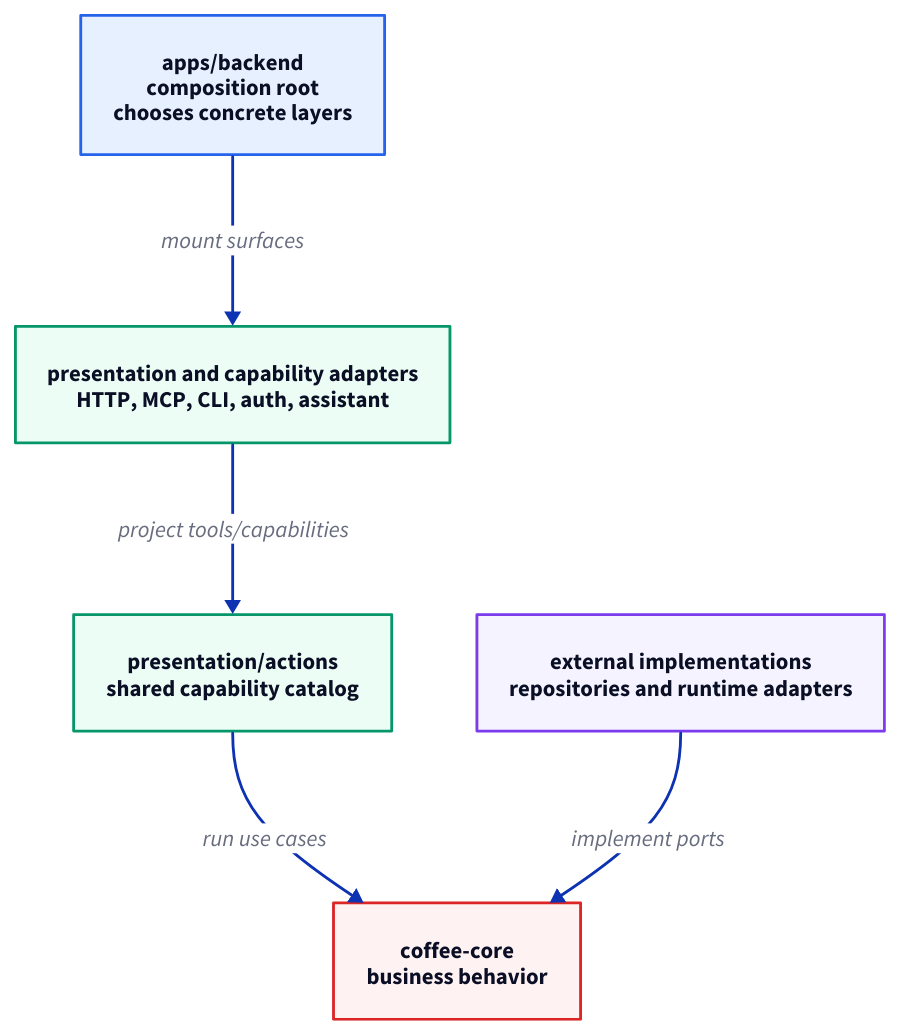
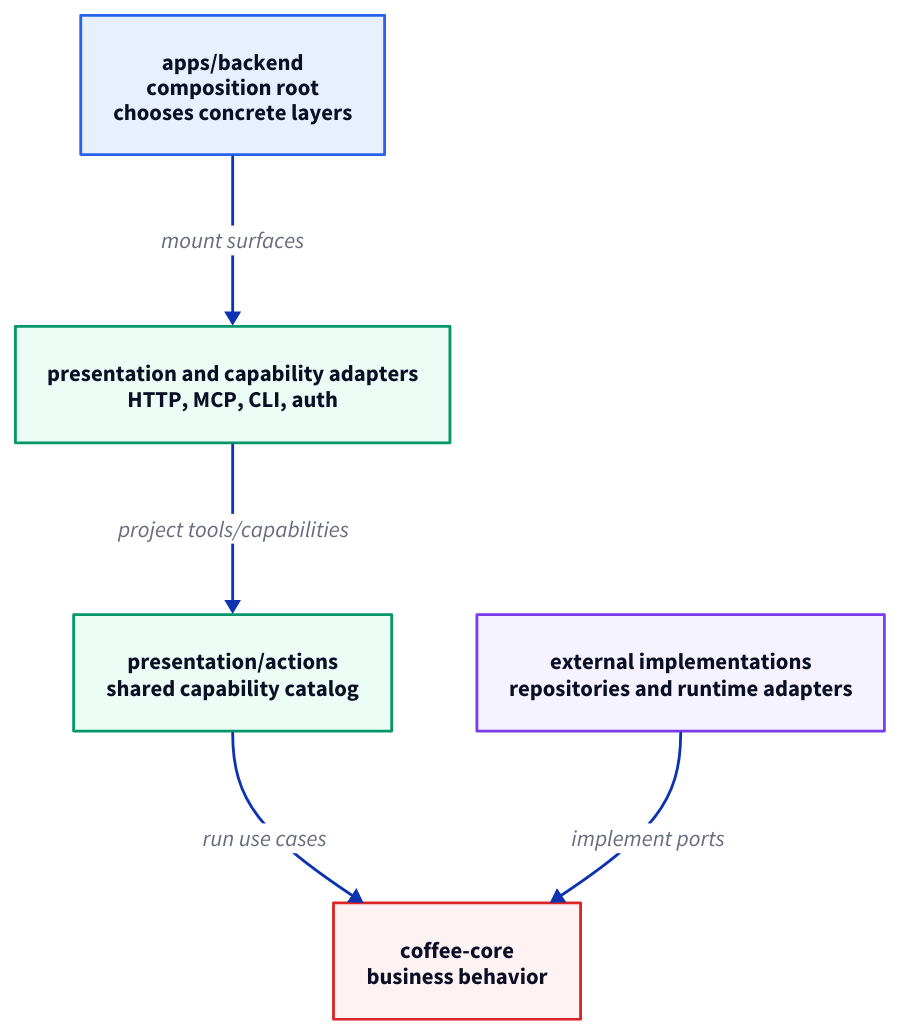
One commit to kevinmichaelchen/effect-coffee-shop changed the diagram in docs/architecture/package-layers.d2. Above: the diagram before and after it, drawn with D2. The commit also changed 196 other files, not shown here.

```diff
--- a/docs/architecture/package-layers.d2
+++ b/docs/architecture/package-layers.d2
@@ -1,49 +1,49 @@
 direction: down
 
 classes: {
   app: {
     style.fill: "#E7F0FF"
     style.stroke: "#2563EB"
   }
   presentation: {
     style.fill: "#ECFDF5"
     style.stroke: "#059669"
   }
   application: {
     style.fill: "#FFF7ED"
     style.stroke: "#EA580C"
   }
   domain: {
     style.fill: "#FEF2F2"
     style.stroke: "#DC2626"
   }
   external: {
     style.fill: "#F5F3FF"
     style.stroke: "#7C3AED"
   }
 }
 
 app: "apps/backend\ncomposition root\nchooses concrete layers" {
   class: app
 }
 
-presentation: "presentation and capability adapters\nHTTP, MCP, CLI, auth, assistant" {
+presentation: "presentation and capability adapters\nHTTP, MCP, CLI, auth" {
   class: presentation
 }
 
 actions: "presentation/actions\nshared capability catalog" {
   class: presentation
 }
 
 core: "coffee-core\nbusiness behavior" {
   class: domain
 }
 
 external: "external implementations\nrepositories and runtime adapters" {
   class: external
 }
 
 app -> presentation: "mount surfaces"
 presentation -> actions: "project tools/capabilities"
 actions -> core: "run use cases"
 external -> core: "implement ports"
```
